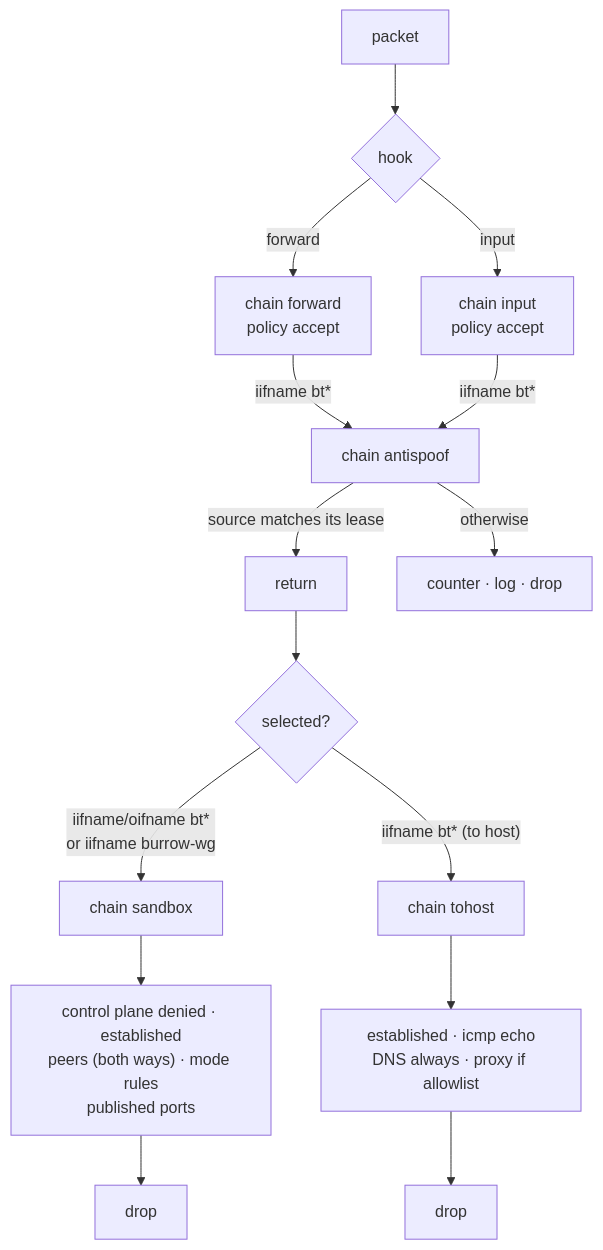
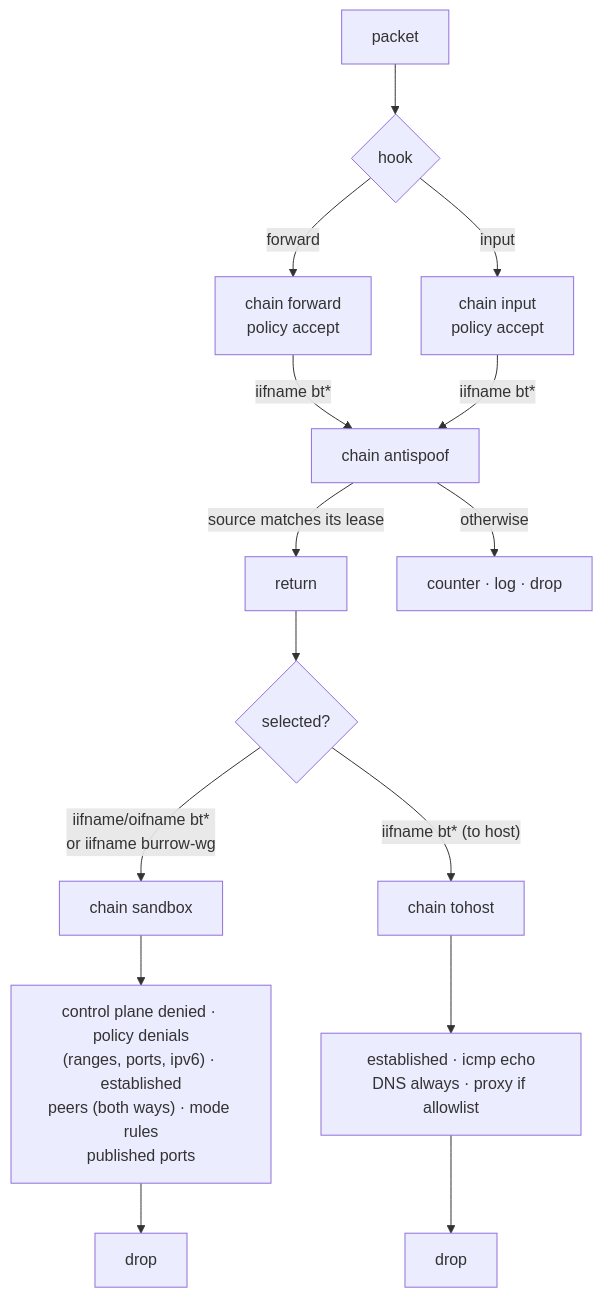
The fourth of 14 diagrams in docs/ARCHITECTURE.md (pixec/burrow), drawn with Mermaid before and after one commit. The commit also changed other lines of this file and 60 other files, not shown here.

````diff
--- a/docs/ARCHITECTURE.md
+++ b/docs/ARCHITECTURE.md
@@ -567,18 +595,18 @@
 ```mermaid
 flowchart TB
     pkt["packet"] --> hook{"hook"}
     hook -->|forward| fwd["chain forward<br/>policy accept"]
     hook -->|input| inp["chain input<br/>policy accept"]
 
     fwd -->|"iifname bt*"| as1["chain antispoof"]
     inp -->|"iifname bt*"| as1
     as1 -->|"source matches its lease"| ret["return"]
     as1 -->|otherwise| dropspoof["counter · log · drop"]
 
     ret --> sel{"selected?"}
     sel -->|"iifname/oifname bt*<br/>or iifname burrow-wg"| sb["chain sandbox"]
     sel -->|"iifname bt* (to host)"| th["chain tohost"]
 
-    sb --> sbrules["control plane denied · established<br/>peers (both ways) · mode rules<br/>published ports"] --> dropsb["drop"]
+    sb --> sbrules["control plane denied · policy denials<br/>(ranges, ports, ipv6) · established<br/>peers (both ways) · mode rules<br/>published ports"] --> dropsb["drop"]
     th --> thrules["established · icmp echo<br/>DNS always · proxy if allowlist"] --> dropth["drop"]
 ```
````
